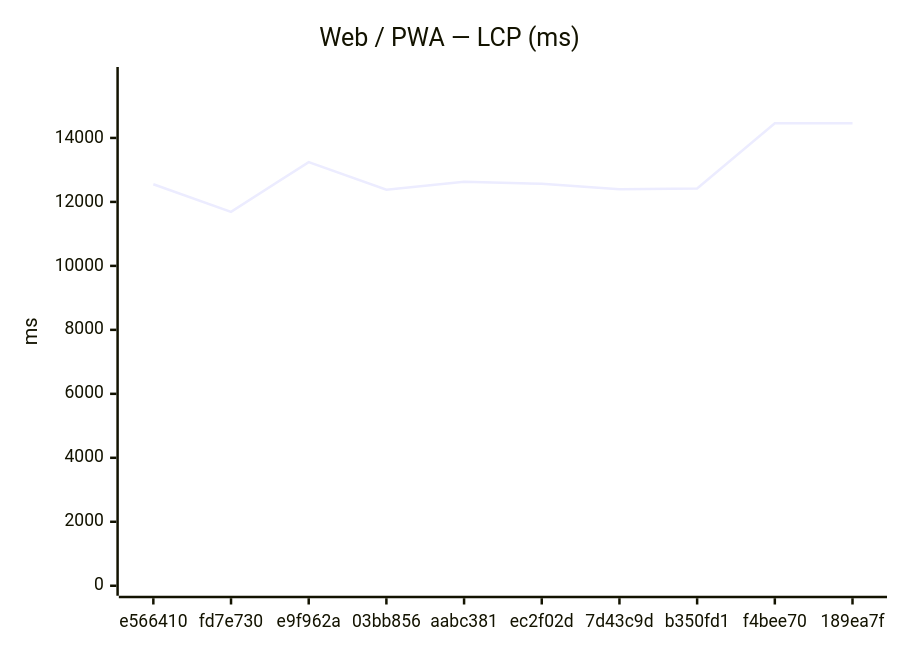
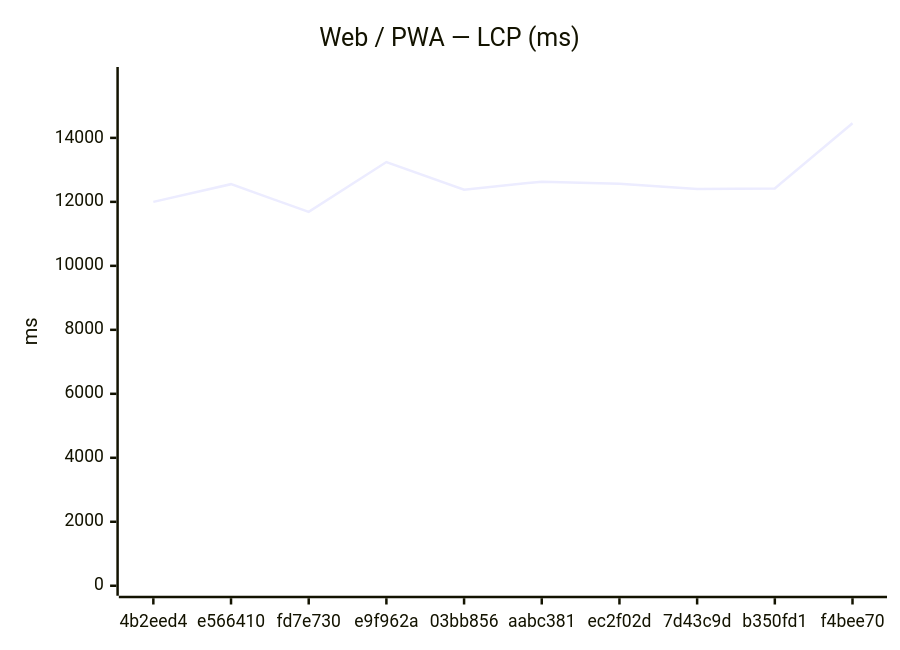
One commit to Metaheurist/Rianell changed the first of 18 diagrams in benchmarks/compare.md. Above: the diagram before and after it, drawn with Mermaid. The commit also changed other lines of this file and 11 other files, not shown here.

````diff
--- a/benchmarks/compare.md
+++ b/benchmarks/compare.md
@@ -24,7 +24,7 @@
 ```mermaid
 xychart-beta
     title "Web / PWA — LCP (ms)"
-    x-axis ["e566410", "fd7e730", "e9f962a", "03bb856", "aabc381", "ec2f02d", "7d43c9d", "b350fd1", "f4bee70", "189ea7f"]
-    y-axis "ms" 0 --> 15905
-    line [12553, 11687, 13245, 12382, 12632, 12566, 12399, 12420, 14457, 14459]
+    x-axis ["4b2eed4", "e566410", "fd7e730", "e9f962a", "03bb856", "aabc381", "ec2f02d", "7d43c9d", "b350fd1", "f4bee70"]
+    y-axis "ms" 0 --> 15903
+    line [11999, 12553, 11687, 13245, 12382, 12632, 12566, 12399, 12420, 14457]
 ```
````
